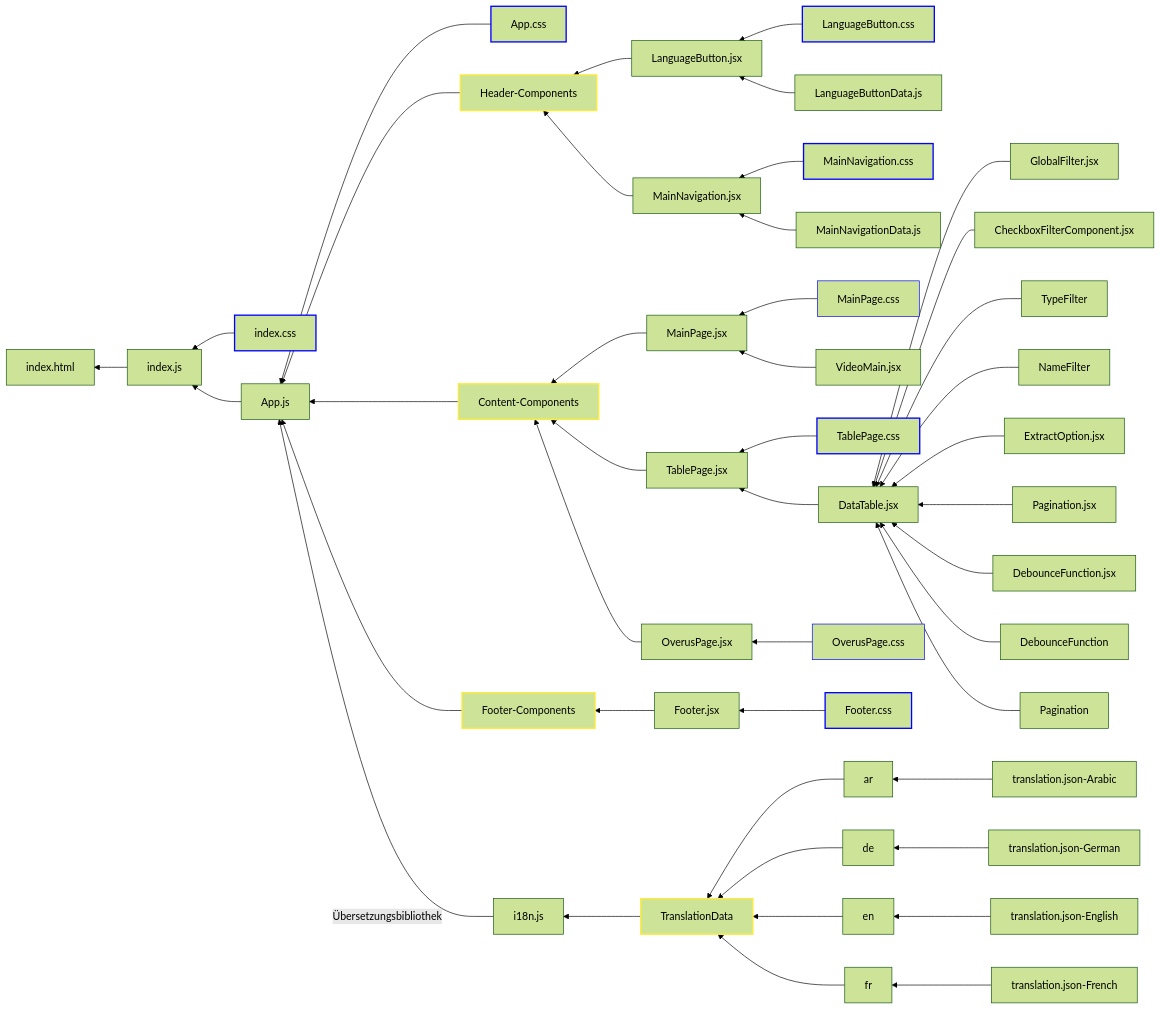
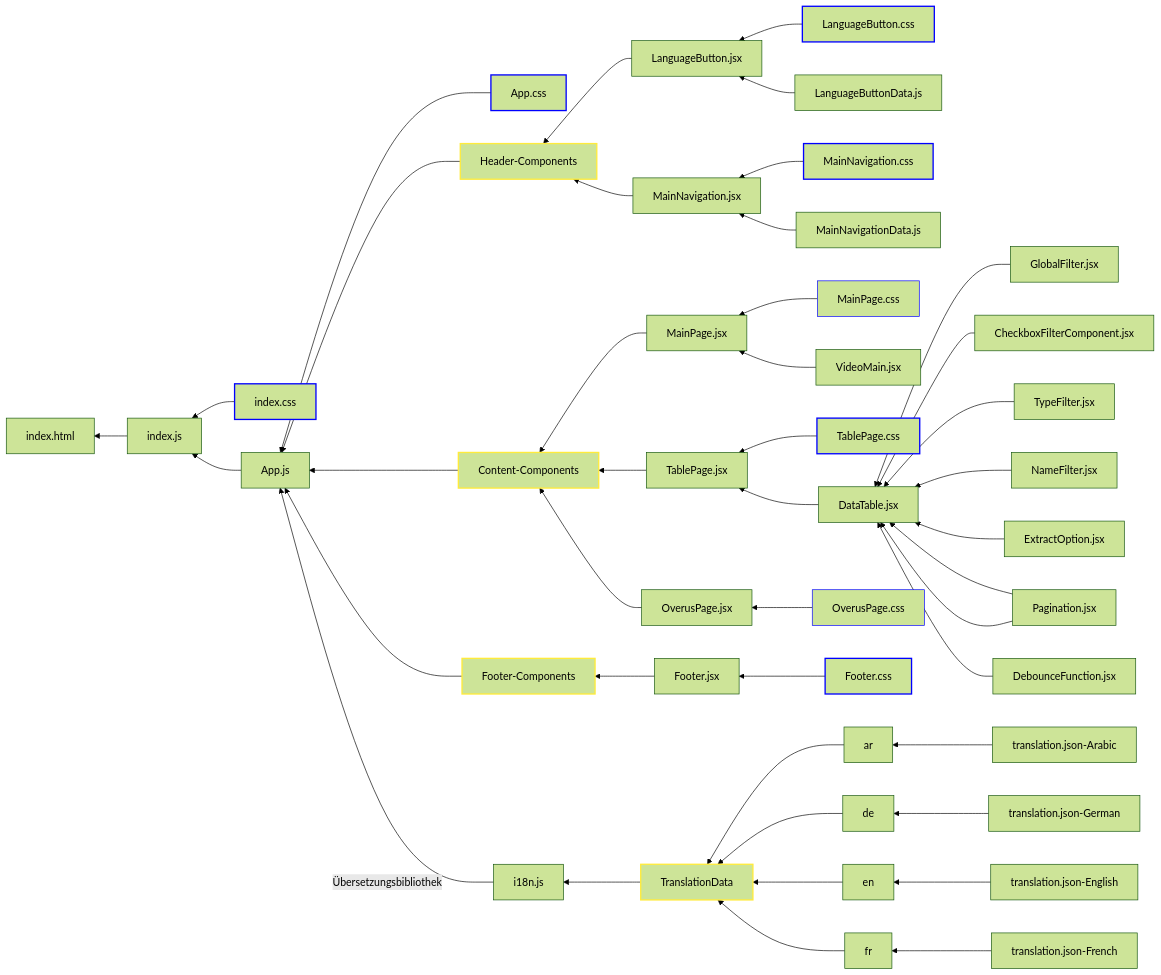
Before and after one commit to FlorianBoehler/IPWA01: the diagram in README.md, drawn with Mermaid (forest theme). The commit also changed 2 other files, not shown here.

Commit message:
Finalization

````diff
--- a/README.md
+++ b/README.md
@@ -2,71 +2,70 @@
 ```mermaid
 
 
 graph RL;
     index.js-->index.html;
     index.css-->index.js;
     style index.css stroke:#0000FF,stroke-width:2px
 
     App.js-->index.js;
     App.css-->App.js;
     style App.css stroke:#0000FF,stroke-width:2px
 
     Header-Components-->App.js;
     style Header-Components stroke:#ffeb3b,stroke-width:2px
 
     LanguageButton.jsx-->Header-Components;
     LanguageButton.css-->LanguageButton.jsx;
     style LanguageButton.css stroke:#0000FF,stroke-width:2px
     LanguageButtonData.js-->LanguageButton.jsx;
 
     MainNavigation.jsx-->Header-Components;
     MainNavigation.css-->MainNavigation.jsx;
     style MainNavigation.css stroke:#0000FF,stroke-width:2px
     MainNavigationData.js-->MainNavigation.jsx;
 
     Content-Components-->App.js;
     style Content-Components stroke:#ffeb3b,stroke-width:2px
 
     MainPage.jsx-->Content-Components;
     MainPage.css-->MainPage.jsx;
     style MainPage.css stroke:#0000FF
     VideoMain.jsx-->MainPage.jsx;
 
     TablePage.jsx-->Content-Components;
     TablePage.css-->TablePage.jsx;
     style TablePage.css stroke:#0000FF,stroke-width:2px
     DataTable.jsx-->TablePage.jsx;
     GlobalFilter.jsx-->DataTable.jsx;
     CheckboxFilterComponent.jsx-->DataTable.jsx;
-    TypeFilter-->DataTable.jsx;
-    NameFilter-->DataTable.jsx;
+    TypeFilter.jsx-->DataTable.jsx;
+    NameFilter.jsx-->DataTable.jsx;
     ExtractOption.jsx-->DataTable.jsx;
     Pagination.jsx-->DataTable.jsx;
     DebounceFunction.jsx-->DataTable.jsx;;
-    DebounceFunction-->DataTable.jsx;
-    Pagination-->DataTable.jsx;
+    Pagination.jsx-->DataTable.jsx;
 
 
     OverusPage.jsx-->Content-Components;
     OverusPage.css-->OverusPage.jsx;
     style OverusPage.css stroke:#0000FF
 
     Footer-Components-->App.js;
     style Footer-Components stroke:#ffeb3b,stroke-width:2px
     Footer.jsx-->Footer-Components;
     Footer.css-->Footer.jsx;
     style Footer.css stroke:#0000FF,stroke-width:2px
 
     i18n.js-->|Übersetzungsbibliothek|App.js;
     TranslationData-->i18n.js;
     style TranslationData stroke:#ffeb3b,stroke-width:2px
     ar-->TranslationData;
     translation.json-Arabic-->ar;
     de-->TranslationData;
     translation.json-German-->de;
     en-->TranslationData;
     translation.json-English-->en;
     fr-->TranslationData;
     translation.json-French-->fr;
-    
+
 ```
````
